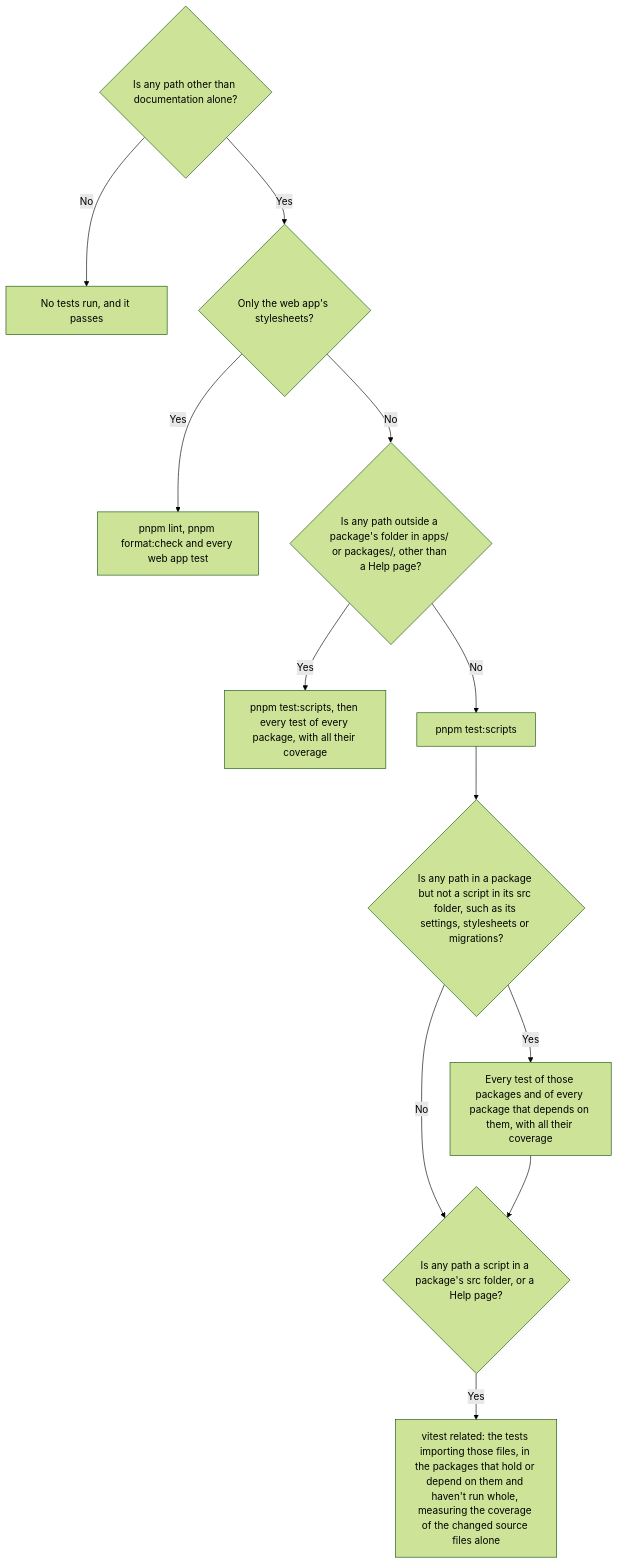
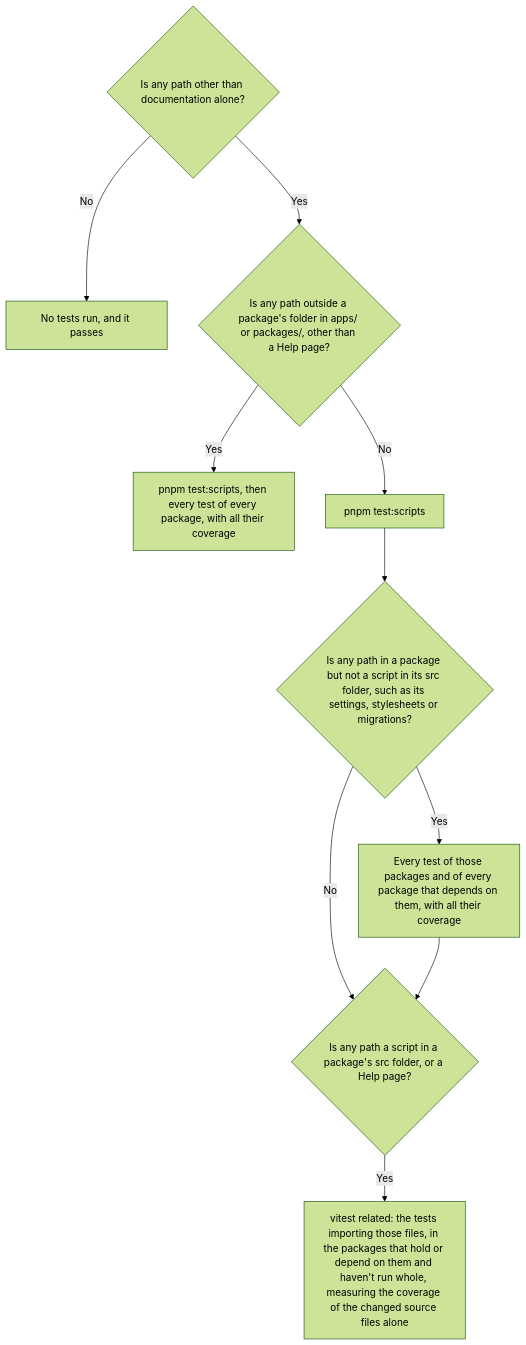
Before and after one commit to ribbitworks/fathom: the first of 11 diagrams in docs/design/checks-and-ci.md, drawn with Mermaid (forest theme). The commit also changed other lines of this file and 2 other files, not shown here.

First line of the commit message:
refactor: drop test:changed's stylesheet branch

````diff
--- a/docs/design/checks-and-ci.md
+++ b/docs/design/checks-and-ci.md
@@ -20,15 +20,13 @@
 ```mermaid
 flowchart TD
     AnyCode{"Is any path other than documentation alone?"}
     AnyCode -- No --> NoTests["No tests run, and it passes"]
-    AnyCode -- Yes --> Stylesheets{"Only the web app's stylesheets?"}
-    Stylesheets -- Yes --> StylesheetTests["pnpm lint, pnpm format:check and every web app test"]
-    Stylesheets -- No --> Outside{"Is any path outside a package's folder in apps/ or packages/, other than a Help page?"}
+    AnyCode -- Yes --> Outside{"Is any path outside a package's folder in apps/ or packages/, other than a Help page?"}
     Outside -- Yes --> Everything["pnpm test:scripts, then every test of every package, with all their coverage"]
     Outside -- No --> Scripts["pnpm test:scripts"]
     Scripts --> Whole{"Is any path in a package but not a script in its src folder, such as its settings, stylesheets or migrations?"}
     Whole -- Yes --> WholePackages["Every test of those packages and of every package that depends on them, with all their coverage"]
     Whole -- No --> Imported
     WholePackages --> Imported{"Is any path a script in a package's src folder, or a Help page?"}
     Imported -- Yes --> Related["vitest related: the tests importing those files, in the packages that hold or depend on them and haven't run whole, measuring the coverage of the changed source files alone"]
 ```
````
